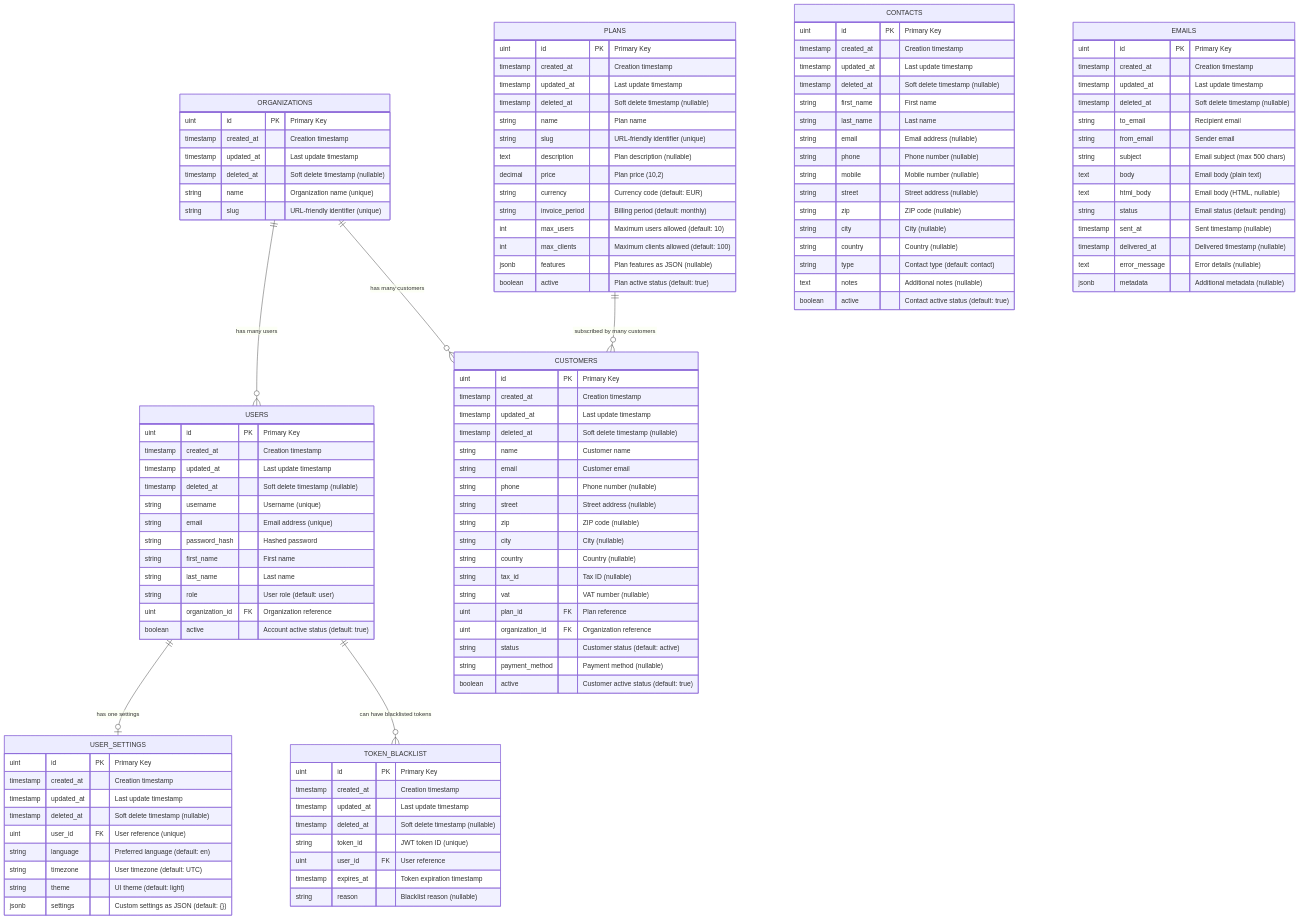
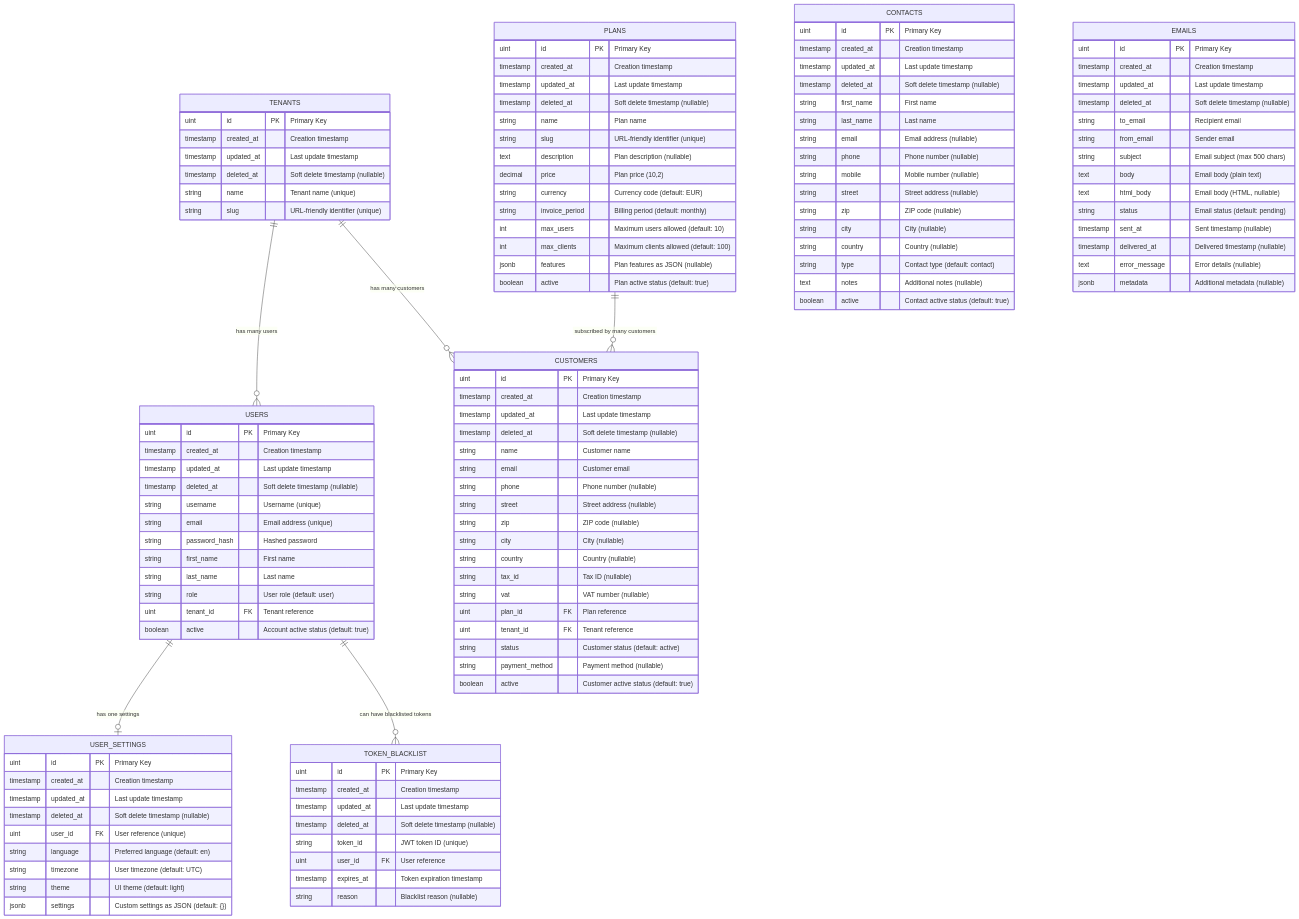
The diagram in DATABASE_SCHEMA.md (AgileExecutives/ae-saas-basic), drawn with Mermaid before and after one commit. The commit also changed other lines of this file and 53 other files, not shown here.

````diff
--- a/DATABASE_SCHEMA.md
+++ b/DATABASE_SCHEMA.md
@@ -21,12 +21,12 @@
 ```mermaid
 erDiagram
     %% Core Tenant Entity
-    ORGANIZATIONS {
+    TENANTS {
         uint id PK "Primary Key"
         timestamp created_at "Creation timestamp"
         timestamp updated_at "Last update timestamp"
         timestamp deleted_at "Soft delete timestamp (nullable)"
-        string name "Organization name (unique)"
+        string name "Tenant name (unique)"
         string slug "URL-friendly identifier (unique)"
     }
 
@@ -60,7 +60,7 @@
         string first_name "First name"
         string last_name "Last name"
         string role "User role (default: user)"
-        uint organization_id FK "Organization reference"
+        uint tenant_id FK "Tenant reference"
         boolean active "Account active status (default: true)"
     }
 
@@ -80,7 +80,7 @@
         string tax_id "Tax ID (nullable)"
         string vat "VAT number (nullable)"
         uint plan_id FK "Plan reference"
-        uint organization_id FK "Organization reference"
+        uint tenant_id FK "Tenant reference"
         string status "Customer status (default: active)"
         string payment_method "Payment method (nullable)"
         boolean active "Customer active status (default: true)"
@@ -150,8 +150,8 @@
     }
 
     %% Relationships
-    ORGANIZATIONS ||--o{ USERS : "has many users"
-    ORGANIZATIONS ||--o{ CUSTOMERS : "has many customers"
+    TENANTS ||--o{ USERS : "has many users"
+    TENANTS ||--o{ CUSTOMERS : "has many customers"
     
     PLANS ||--o{ CUSTOMERS : "subscribed by many customers"
     
````
